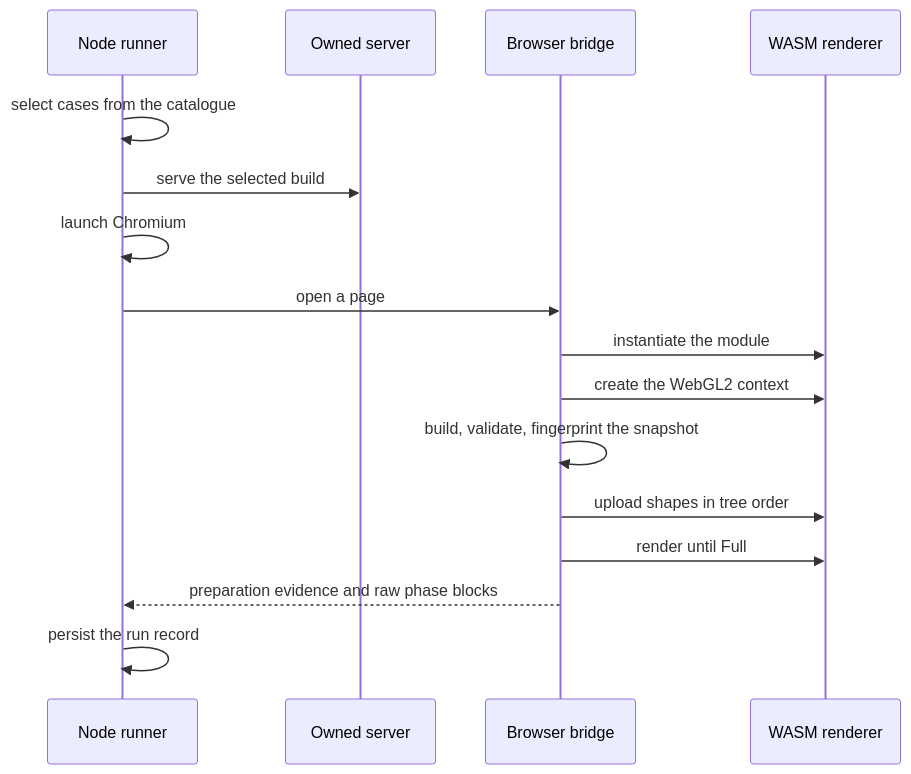
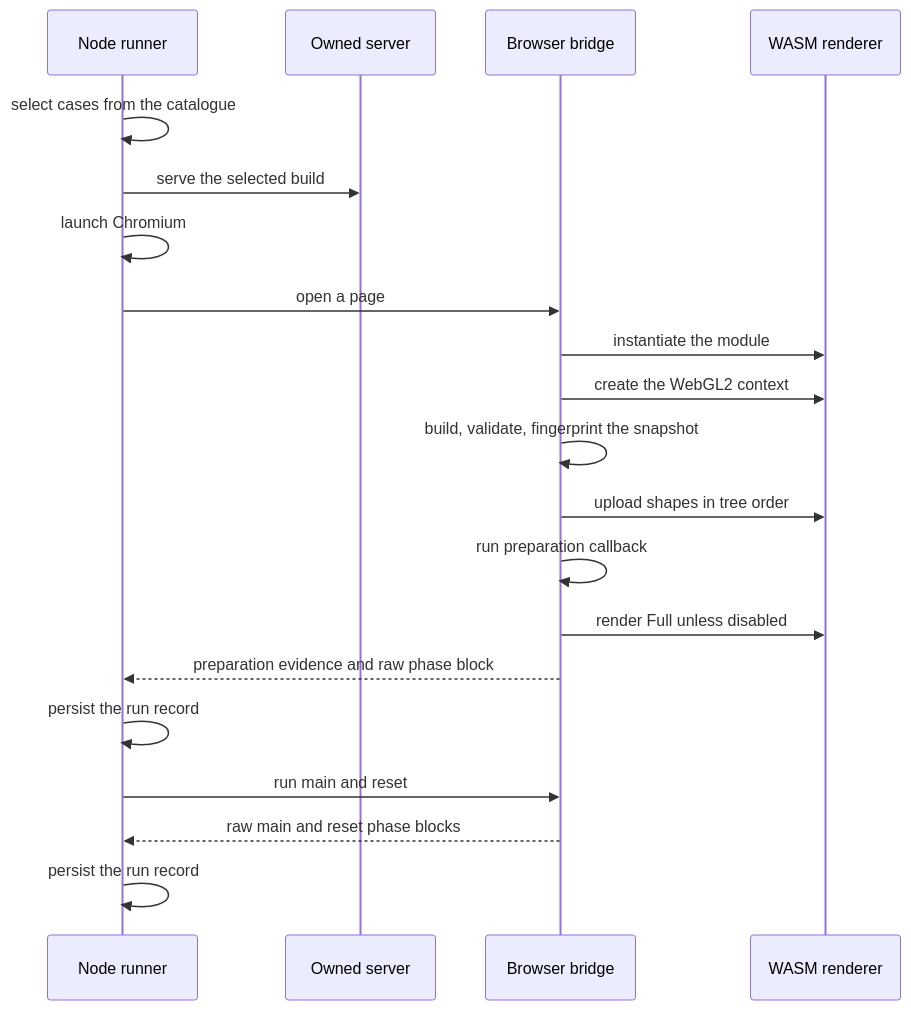
One commit to penpot/penpot changed the first of 2 diagrams in frontend/performance/benches/render_wasm/README.md. Above: the diagram before and after it, drawn with Mermaid. The commit also changed other lines of this file and 13 other files, not shown here.

````diff
--- a/frontend/performance/benches/render_wasm/README.md
+++ b/frontend/performance/benches/render_wasm/README.md
@@ -251,19 +252,23 @@
 ```mermaid
 sequenceDiagram
     participant N as Node runner
     participant S as Owned server
     participant B as Browser bridge
     participant W as WASM renderer
 
     N->>N: select cases from the catalogue
     N->>S: serve the selected build
     N->>N: launch Chromium
     N->>B: open a page
     B->>W: instantiate the module
     B->>W: create the WebGL2 context
     B->>B: build, validate, fingerprint the snapshot
     B->>W: upload shapes in tree order
-    B->>W: render until Full
-    B-->>N: preparation evidence and raw phase blocks
+    B->>B: run preparation callback
+    B->>W: render Full unless disabled
+    B-->>N: preparation evidence and raw phase block
+    N->>N: persist the run record
+    N->>B: run main and reset
+    B-->>N: raw main and reset phase blocks
     N->>N: persist the run record
 ```
````
